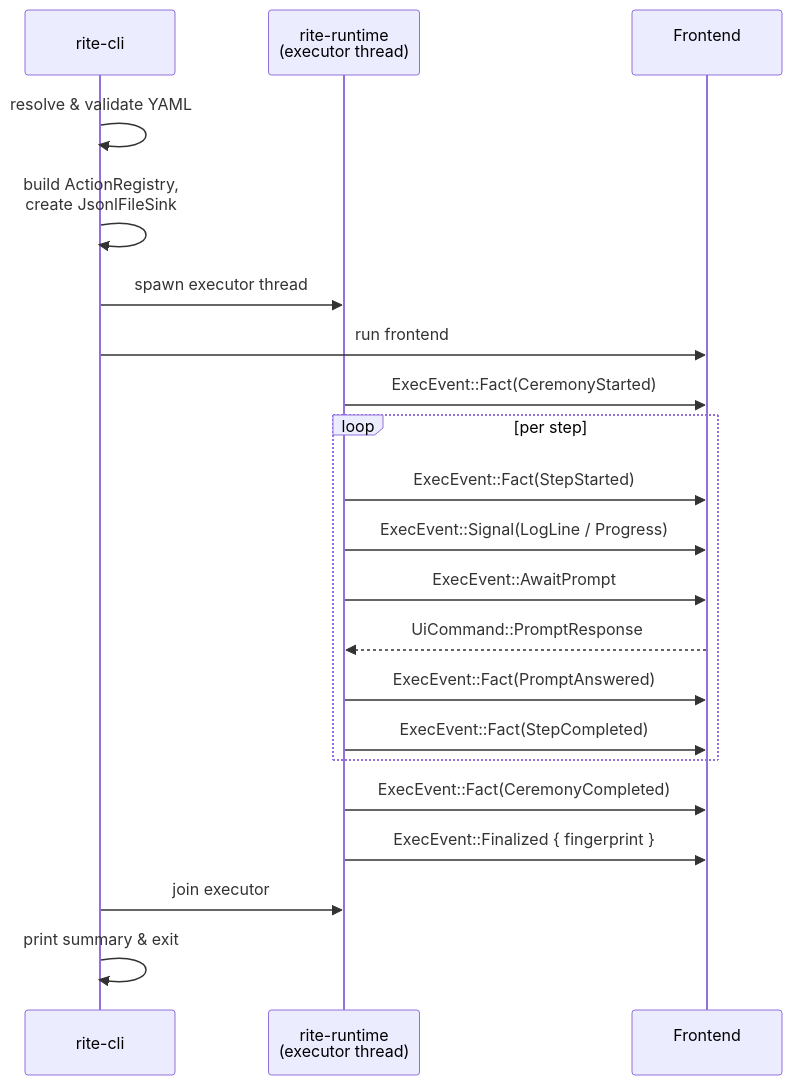
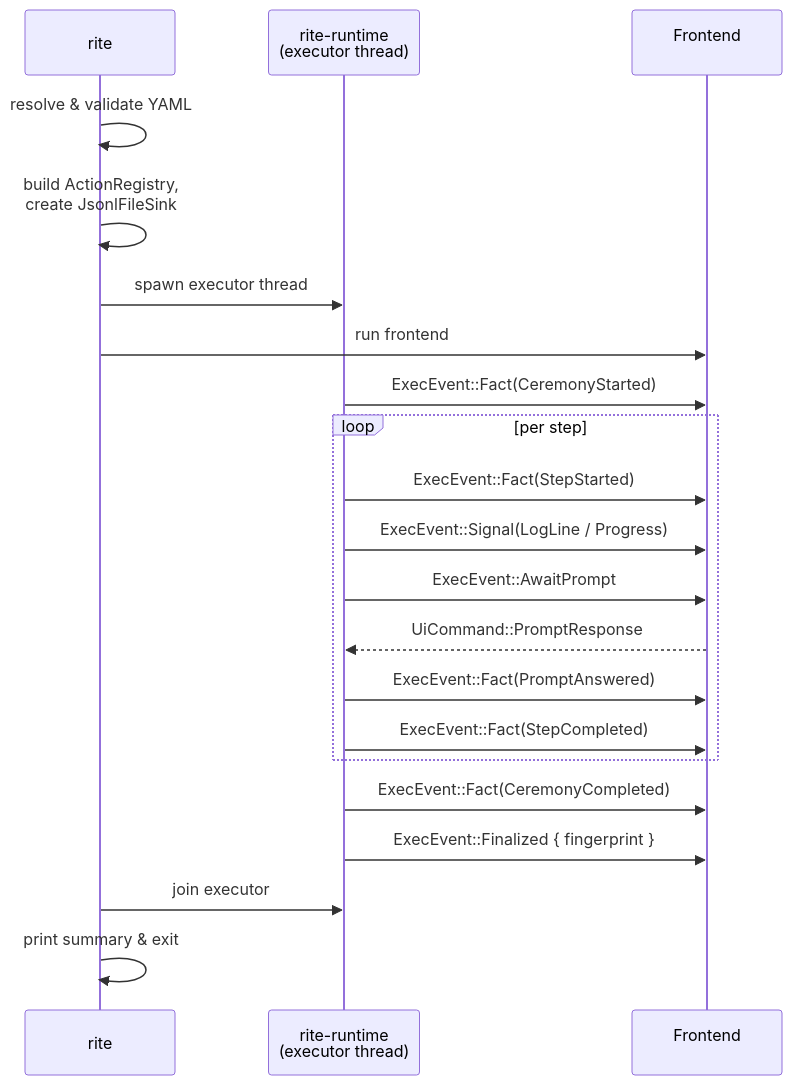
The second of 2 diagrams in docs/development/runtime-and-frontend.md (rite-ly/rite), drawn with Mermaid before and after one commit. The commit also changed other lines of this file and 28 other files, not shown here.

Commit message:
build: rename rite-cli package to rite

````diff
--- a/docs/development/runtime-and-frontend.md
+++ b/docs/development/runtime-and-frontend.md
@@ -223,26 +223,26 @@
 ```mermaid
 sequenceDiagram
-    participant CLI as rite-cli
+    participant CLI as rite
     participant RT as rite-runtime<br/>(executor thread)
     participant FE as Frontend<br/>
 
     CLI->>CLI: resolve & validate YAML
     CLI->>CLI: build ActionRegistry,<br/>create JsonlFileSink
     CLI->>RT: spawn executor thread
     CLI->>FE: run frontend
 
     RT->>FE: ExecEvent::Fact(CeremonyStarted)
     loop per step
         RT->>FE: ExecEvent::Fact(StepStarted)
         RT->>FE: ExecEvent::Signal(LogLine / Progress)
         RT->>FE: ExecEvent::AwaitPrompt
         FE-->>RT: UiCommand::PromptResponse
         RT->>FE: ExecEvent::Fact(PromptAnswered)
         RT->>FE: ExecEvent::Fact(StepCompleted)
     end
     RT->>FE: ExecEvent::Fact(CeremonyCompleted)
     RT->>FE: ExecEvent::Finalized { fingerprint }
 
     CLI->>RT: join executor
     CLI->>CLI: print summary & exit
 ```
````
